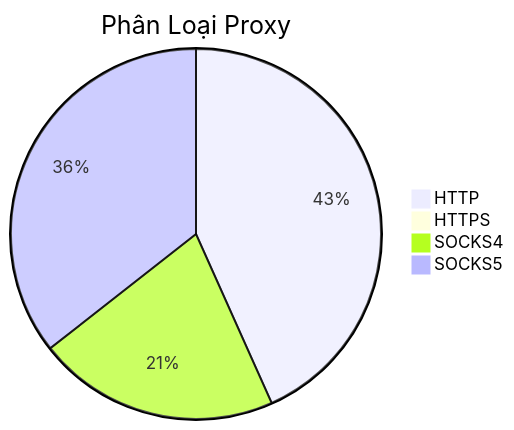
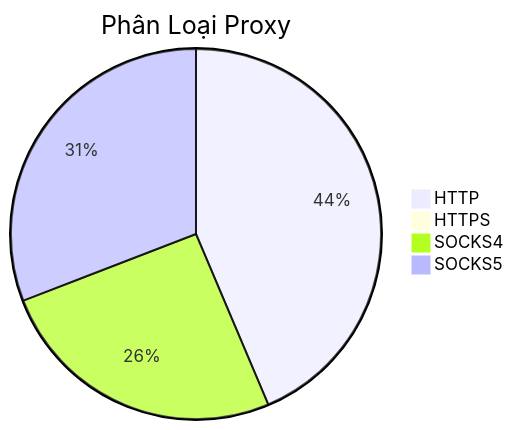
Before and after one commit to Ciara-12/PROXY-free: the diagram in README.md, drawn with Mermaid. The commit also changed other lines of this file and 3 other files, not shown here.

````diff
--- a/README.md
+++ b/README.md
@@ -26,7 +26,7 @@
 ```mermaid
 pie title Phân Loại Proxy
-    "HTTP" : 488
+    "HTTP" : 523
     "HTTPS" : 0
-    "SOCKS4" : 238
-    "SOCKS5" : 401
+    "SOCKS4" : 306
+    "SOCKS5" : 370
 ```
````
